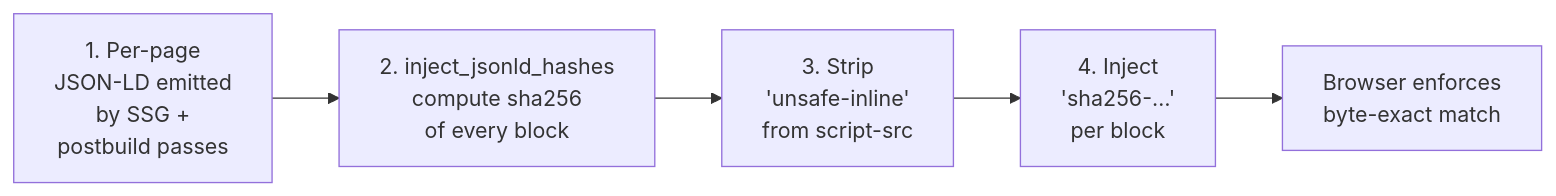
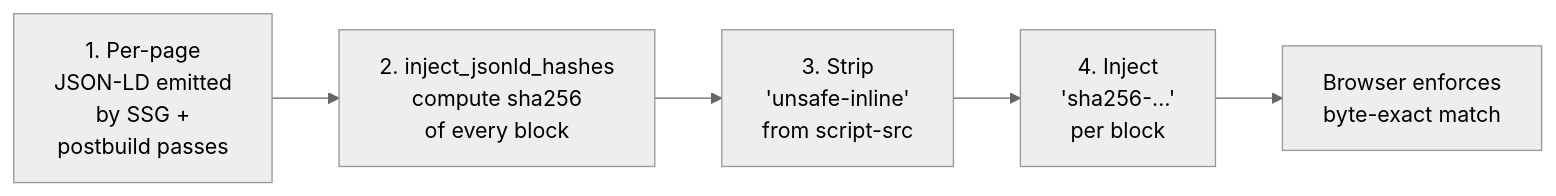
The second of 2 diagrams in doc/SCHEMAS.md (sebastienrousseau/sebastienrousseau.github.io), drawn with Mermaid before and after one commit. The commit also changed other lines of this file and 6 other files, not shown here.

First line of the commit message:
docs: clean Mermaid diagrams — neutral theme, no emoji, restructured long flows

````diff
--- a/doc/SCHEMAS.md
+++ b/doc/SCHEMAS.md
@@ -149,7 +150,8 @@
 ```mermaid
+%%{init: {'theme':'neutral'} }%%
 flowchart LR
-    A[1. Per-page<br/>JSON-LD emitted<br/>by SSG +<br/>postbuild passes] --> B[2. inject_jsonld_hashes<br/>compute sha256<br/>of every block]
-    B --> C[3. Strip<br/>'unsafe-inline'<br/>from script-src]
-    C --> D[4. Inject<br/>'sha256-…'<br/>per block]
-    D --> E[Browser enforces<br/>byte-exact match]
+ A[1. Per-page<br/>JSON-LD emitted<br/>by SSG +<br/>postbuild passes] --> B[2. inject_jsonld_hashes<br/>compute sha256<br/>of every block]
+ B --> C[3. Strip<br/>'unsafe-inline'<br/>from script-src]
+ C --> D[4. Inject<br/>'sha256-…'<br/>per block]
+ D --> E[Browser enforces<br/>byte-exact match]
 ```
````
